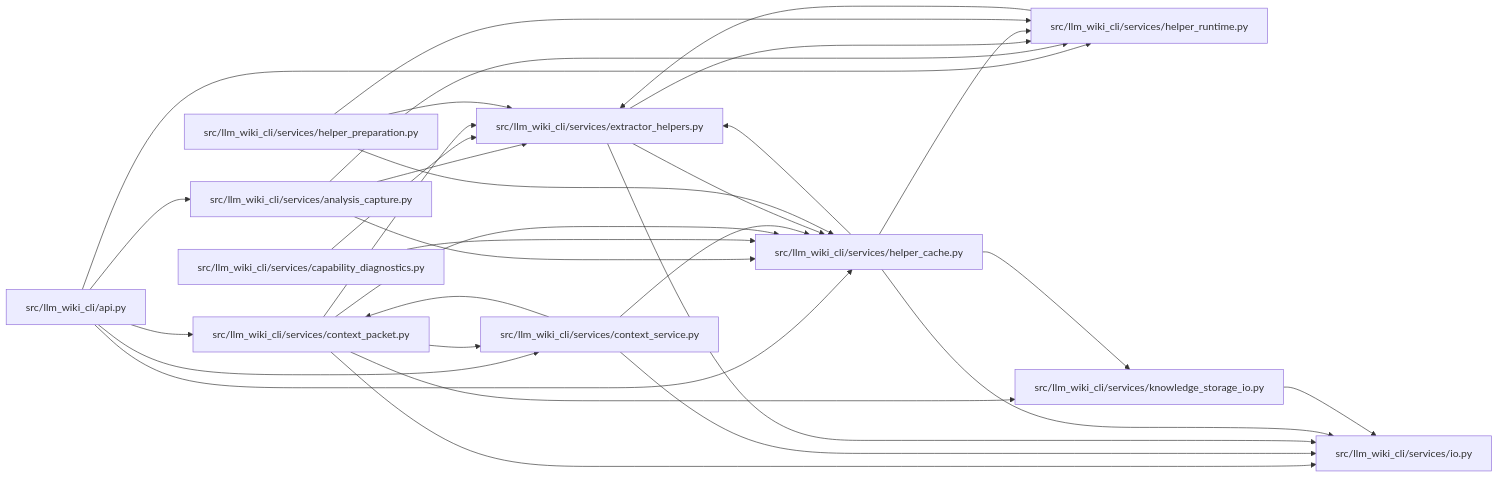
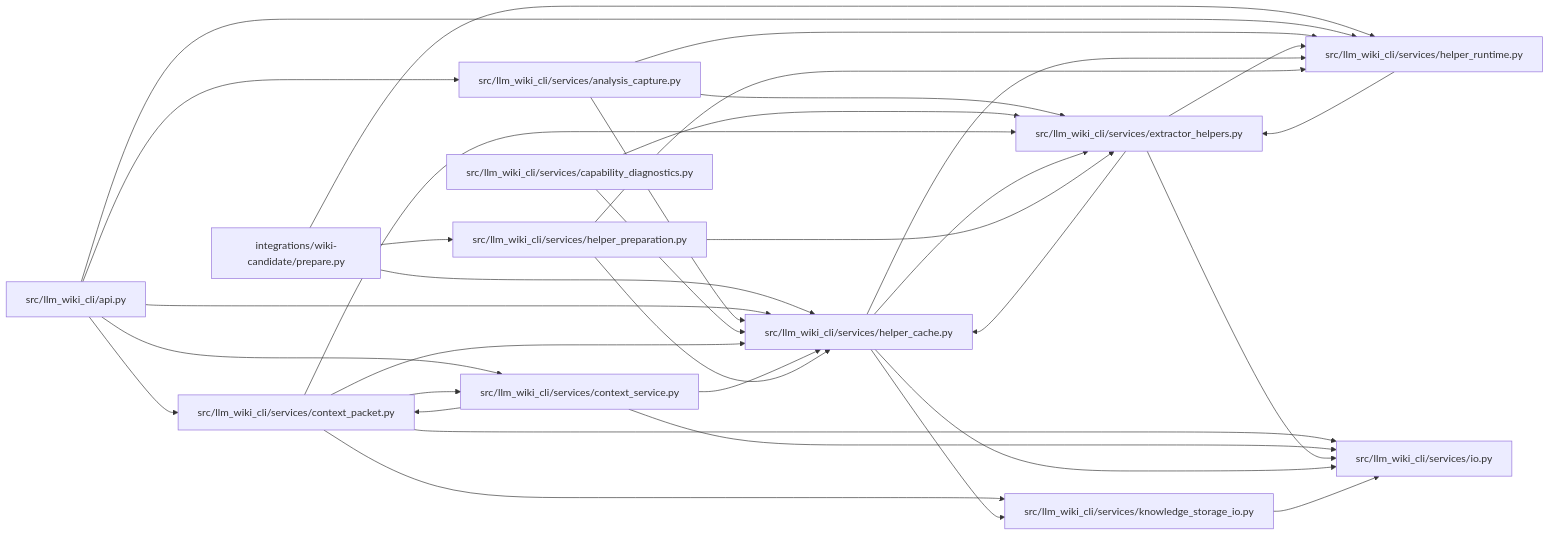
The diagram in docs/llm_wiki/modules/helper_cache.md (Denissvgn/python-wiki-llm), drawn with Mermaid before and after one commit. The commit also changed other lines of this file and 369 other files, not shown here.

Commit message:
feat: install a read-only GitHub wiki candidate workflow

````diff
--- a/docs/llm_wiki/modules/helper_cache.md
+++ b/docs/llm_wiki/modules/helper_cache.md
@@ -47,55 +47,60 @@
 ```mermaid
 flowchart LR
-    n0["src/llm_wiki_cli/api.py"]
-    n1["src/llm_wiki_cli/services/analysis_capture.py"]
-    n2["src/llm_wiki_cli/services/capability_diagnostics.py"]
-    n3["src/llm_wiki_cli/services/context_packet.py"]
-    n4["src/llm_wiki_cli/services/context_service.py"]
-    n5["src/llm_wiki_cli/services/extractor_helpers.py"]
-    n6["src/llm_wiki_cli/services/helper_cache.py"]
-    n7["src/llm_wiki_cli/services/helper_preparation.py"]
-    n8["src/llm_wiki_cli/services/helper_runtime.py"]
-    n9["src/llm_wiki_cli/services/io.py"]
-    n10["src/llm_wiki_cli/services/knowledge_storage_io.py"]
-    n0 --> n1
-    n0 --> n3
-    n0 --> n4
-    n0 --> n6
+    n0["integrations/wiki-candidate/prepare.py"]
+    n1["src/llm_wiki_cli/api.py"]
+    n2["src/llm_wiki_cli/services/analysis_capture.py"]
+    n3["src/llm_wiki_cli/services/capability_diagnostics.py"]
+    n4["src/llm_wiki_cli/services/context_packet.py"]
+    n5["src/llm_wiki_cli/services/context_service.py"]
+    n6["src/llm_wiki_cli/services/extractor_helpers.py"]
+    n7["src/llm_wiki_cli/services/helper_cache.py"]
+    n8["src/llm_wiki_cli/services/helper_preparation.py"]
+    n9["src/llm_wiki_cli/services/helper_runtime.py"]
+    n10["src/llm_wiki_cli/services/io.py"]
+    n11["src/llm_wiki_cli/services/knowledge_storage_io.py"]
+    n0 --> n7
     n0 --> n8
+    n0 --> n9
+    n1 --> n2
+    n1 --> n4
     n1 --> n5
-    n1 --> n6
-    n1 --> n8
-    n2 --> n5
+    n1 --> n7
+    n1 --> n9
     n2 --> n6
-    n3 --> n4
-    n3 --> n5
+    n2 --> n7
+    n2 --> n9
     n3 --> n6
-    n3 --> n9
-    n3 --> n10
-    n4 --> n3
+    n3 --> n7
+    n4 --> n5
     n4 --> n6
-    n4 --> n9
-    n5 --> n6
-    n5 --> n8
-    n5 --> n9
-    n6 --> n5
-    n6 --> n8
+    n4 --> n7
+    n4 --> n10
+    n4 --> n11
+    n5 --> n4
+    n5 --> n7
+    n5 --> n10
+    n6 --> n7
     n6 --> n9
     n6 --> n10
-    n7 --> n5
     n7 --> n6
-    n7 --> n8
-    n8 --> n5
-    n10 --> n9
-    click n0 "../modules/api.md"
-    click n1 "../modules/analysis_capture.md"
-    click n2 "../modules/capability_diagnostics.md"
-    click n3 "../modules/context_packet.md"
-    click n4 "../modules/context_service.md"
-    click n5 "../modules/extractor_helpers.md"
-    click n6 "../modules/helper_cache.md"
-    click n7 "../modules/helper_preparation.md"
-    click n8 "../modules/helper_runtime.md"
-    click n9 "../modules/io.md"
-    click n10 "../modules/knowledge_storage_io.md"
+    n7 --> n9
+    n7 --> n10
+    n7 --> n11
+    n8 --> n6
+    n8 --> n7
+    n8 --> n9
+    n9 --> n6
+    n11 --> n10
+    click n0 "../modules/wiki-candidate_prepare.md"
+    click n1 "../modules/api.md"
+    click n2 "../modules/analysis_capture.md"
+    click n3 "../modules/capability_diagnostics.md"
+    click n4 "../modules/context_packet.md"
+    click n5 "../modules/context_service.md"
+    click n6 "../modules/extractor_helpers.md"
+    click n7 "../modules/helper_cache.md"
+    click n8 "../modules/helper_preparation.md"
+    click n9 "../modules/helper_runtime.md"
+    click n10 "../modules/io.md"
+    click n11 "../modules/knowledge_storage_io.md"
 ```
````
